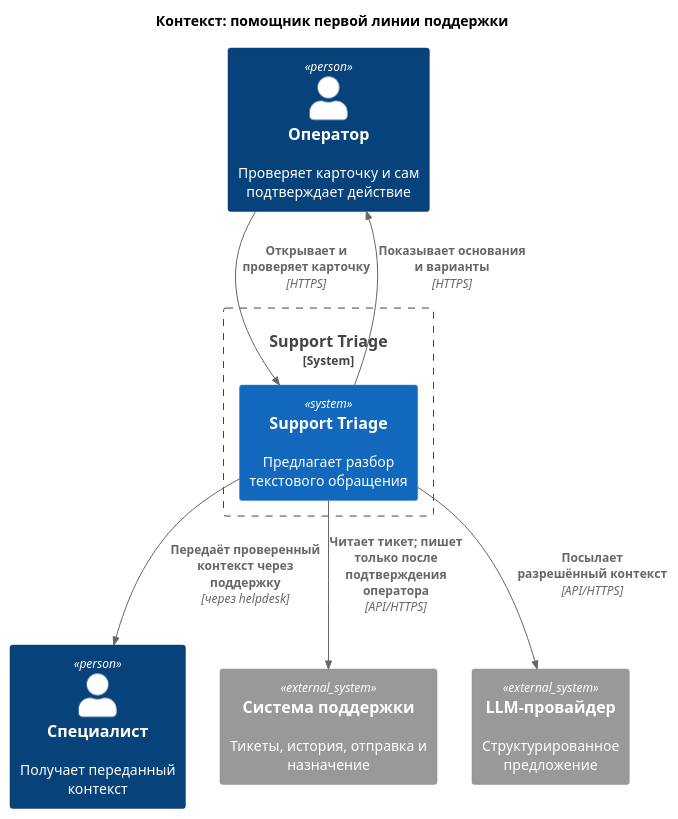
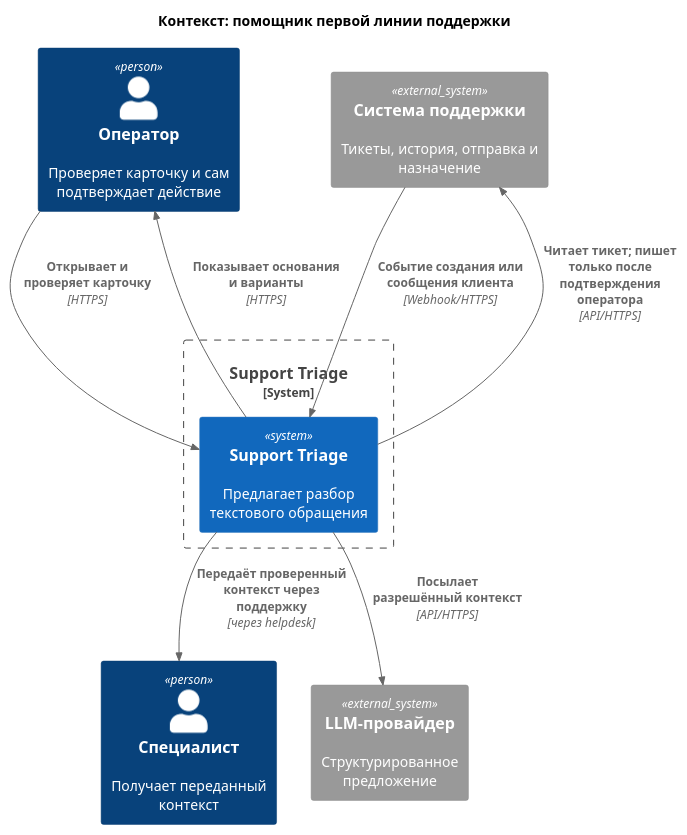
Before and after one commit to vstu-sii/razbor-obrascheniy-v-podderzhku-rh5e: the diagram in docs/architecture/context.puml, drawn with PlantUML. The commit also changed 32 other files, not shown here.

```diff
--- a/docs/architecture/context.puml
+++ b/docs/architecture/context.puml
@@ -1,16 +1,17 @@
 @startuml
 !include <C4/C4_Context>
 title Контекст: помощник первой линии поддержки
 Person(operator, "Оператор", "Проверяет карточку и сам подтверждает действие")
 Person(specialist, "Специалист", "Получает переданный контекст")
 System_Boundary(triage_boundary, "Support Triage") {
   System(triage, "Support Triage", "Предлагает разбор текстового обращения")
 }
 System_Ext(helpdesk, "Система поддержки", "Тикеты, история, отправка и назначение")
 System_Ext(llm, "LLM-провайдер", "Структурированное предложение")
 Rel(operator, triage, "Открывает и проверяет карточку", "HTTPS")
 Rel(triage, operator, "Показывает основания и варианты", "HTTPS")
 Rel(triage, specialist, "Передаёт проверенный контекст через поддержку", "через helpdesk")
 Rel(triage, helpdesk, "Читает тикет; пишет только после подтверждения оператора", "API/HTTPS")
 Rel(triage, llm, "Посылает разрешённый контекст", "API/HTTPS")
+Rel(helpdesk, triage, "Событие создания или сообщения клиента", "Webhook/HTTPS")
 @enduml
```
